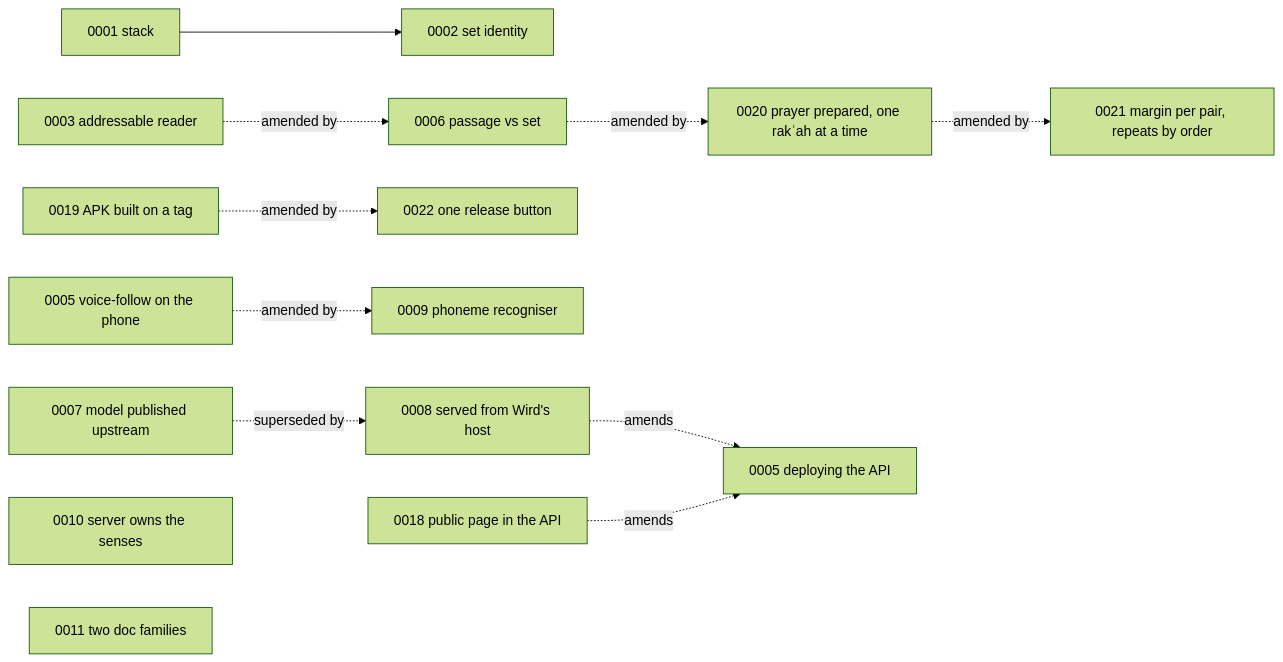
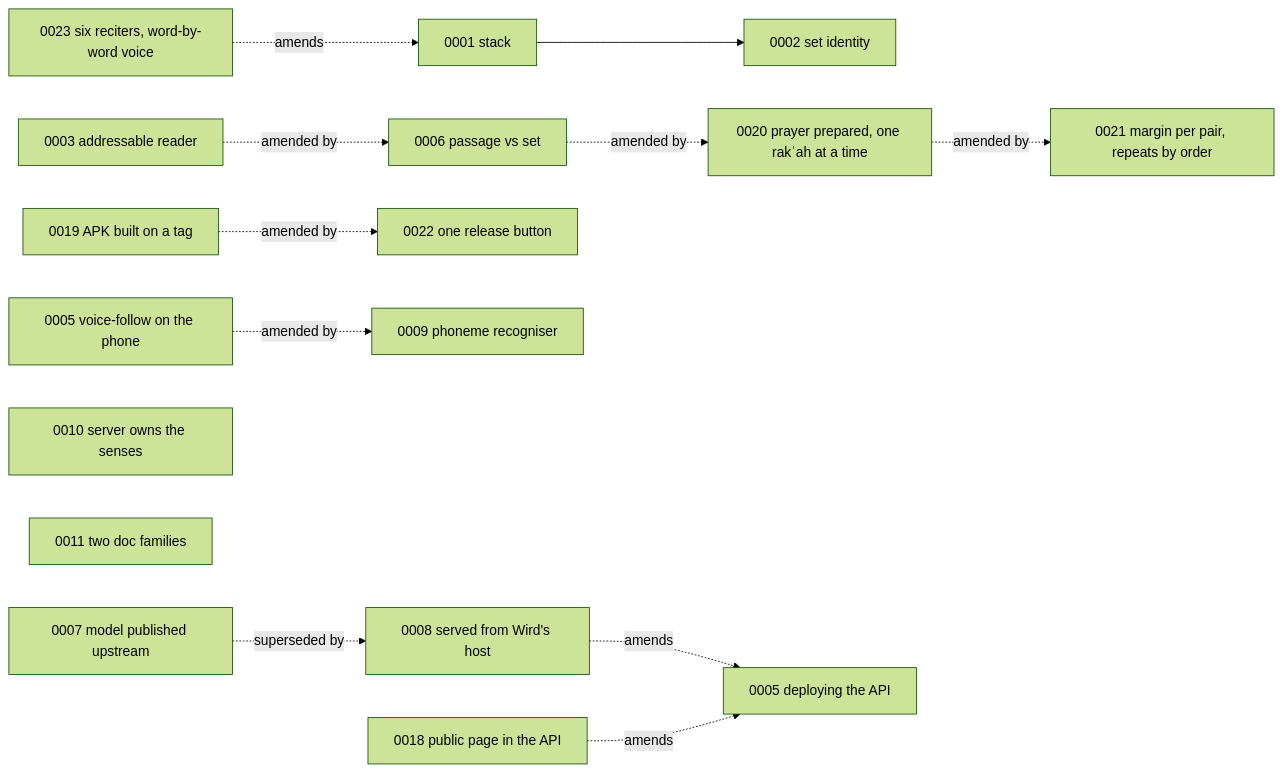
Before and after one commit to MohammadBnei/wird: the diagram in docs/adr/README.md, drawn with Mermaid (forest theme). The commit also changed other lines of this file and 14 other files, not shown here.

First line of the commit message:
Record the reciters and the word-by-word voice in ADR 0023 and the docs

````diff
--- a/docs/adr/README.md
+++ b/docs/adr/README.md
@@ -7,14 +7,15 @@
 ```mermaid
 flowchart LR
   A1[0001 stack] --> A2[0002 set identity]
   A3[0003 addressable reader] -. amended by .-> A6[0006 passage vs set]
   A6 -. amended by .-> A20[0020 prayer prepared, one rakʿah at a time]
   A20 -. amended by .-> A21[0021 margin per pair, repeats by order]
   A19[0019 APK built on a tag] -. amended by .-> A22[0022 one release button]
   A5v[0005 voice-follow on the phone] -. amended by .-> A9[0009 phoneme recogniser]
   A7[0007 model published upstream] -. superseded by .-> A8[0008 served from Wird's host]
   A8 -. amends .-> A5d[0005 deploying the API]
   A10[0010 server owns the senses]
   A11[0011 two doc families]
   A18[0018 public page in the API] -. amends .-> A5d
+  A23[0023 six reciters, word-by-word voice] -. amends .-> A1
 ```
````
